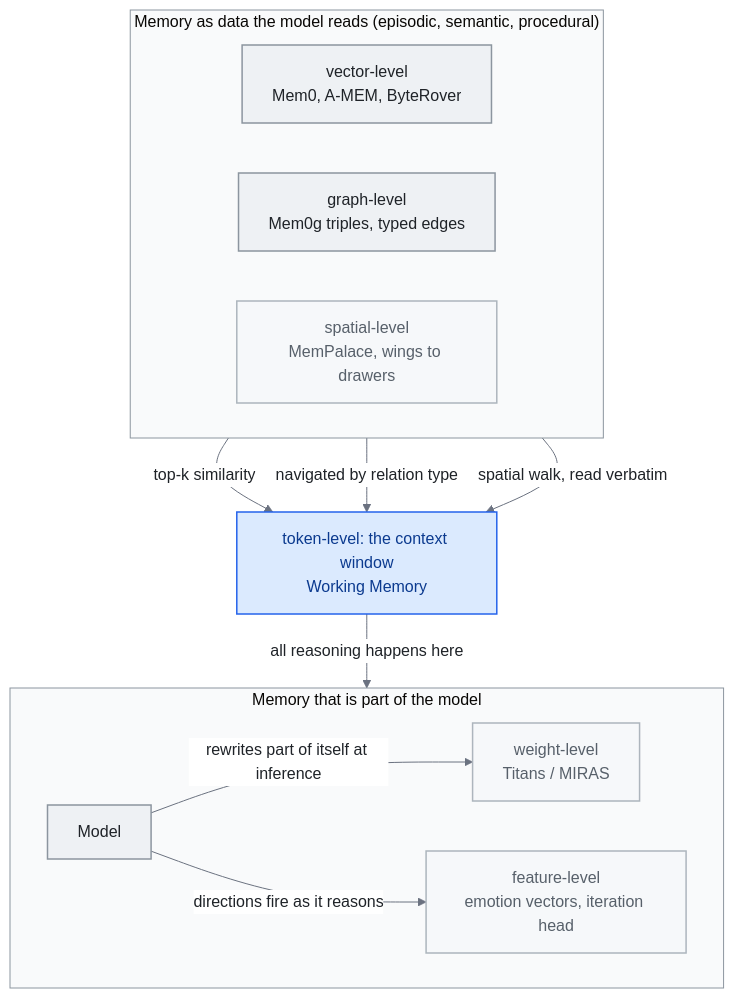
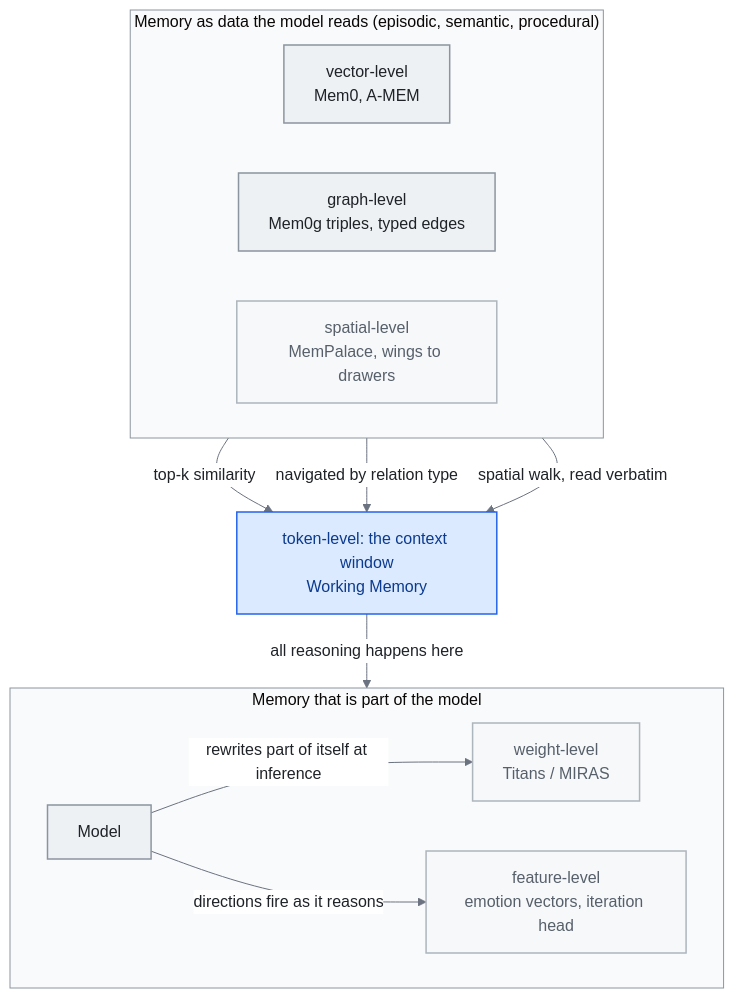
Before and after one commit to kennethlaw325/awesome-llm-knowledge-systems: the diagram in chapters/06-agent-memory.md, drawn with Mermaid. The commit also changed other lines of this file and 11 other files, not shown here.

First line of the commit message:
Visual roll-out: apply cross-family review (5 blocker, 8 major) and timeline palette

````diff
--- a/chapters/06-agent-memory.md
+++ b/chapters/06-agent-memory.md
@@ -11,26 +11,26 @@
 ```mermaid
 %%{init: {'theme':'base','themeVariables':{'primaryColor':'#eef1f4','primaryTextColor':'#1f2328','primaryBorderColor':'#8c959f','lineColor':'#6b7280','tertiaryColor':'#f6f8fa','clusterBkg':'#f9fafb','clusterBorder':'#8c959f','edgeLabelBackground':'#ffffff'}}}%%
 flowchart TB
     subgraph EXT["Memory as data the model reads (episodic, semantic, procedural)"]
       direction LR
-      VEC["vector-level<br/>Mem0, A-MEM, ByteRover"]
+      VEC["vector-level<br/>Mem0, A-MEM"]
       GRA["graph-level<br/>Mem0g triples, typed edges"]
       SPA["spatial-level<br/>MemPalace, wings to drawers"]
     end
     VEC -->|top-k similarity| WIN
     GRA -->|navigated by relation type| WIN
     SPA -->|spatial walk, read verbatim| WIN
     WIN["token-level: the context window<br/>Working Memory"] -->|all reasoning happens here| LLM
     subgraph INT["Memory that is part of the model"]
       direction LR
       LLM["Model"] -->|rewrites part of itself at inference| WGT["weight-level<br/>Titans / MIRAS"]
       LLM -->|directions fire as it reasons| FEA["feature-level<br/>emotion vectors, iteration head"]
     end
     class VEC,GRA,LLM stable
     class SPA,WGT,FEA muted
     class WIN accent
 classDef stable fill:#eef1f4,stroke:#8c959f,stroke-width:1.5px,color:#1f2328
 classDef accent fill:#dbeafe,stroke:#2563eb,stroke-width:1.5px,color:#0b3a8f
 classDef muted fill:#f6f8fa,stroke:#adb5bd,stroke-width:1.5px,color:#57606a
 classDef gate fill:#ffffff,stroke:#2563eb,stroke-width:1.5px,color:#0b3a8f
 ```
````
